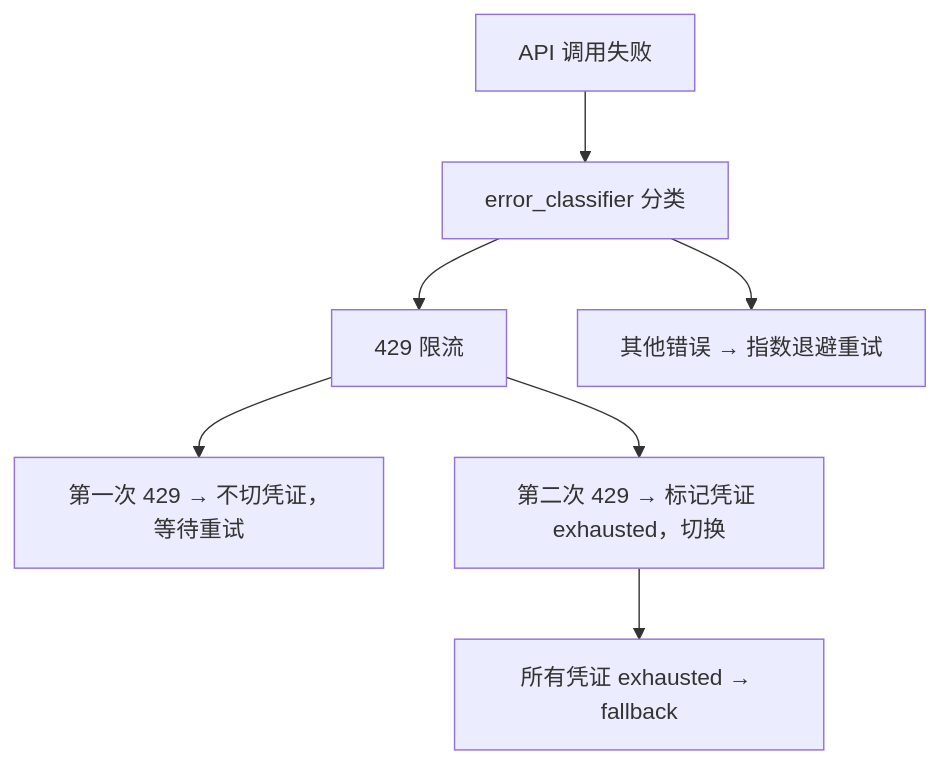
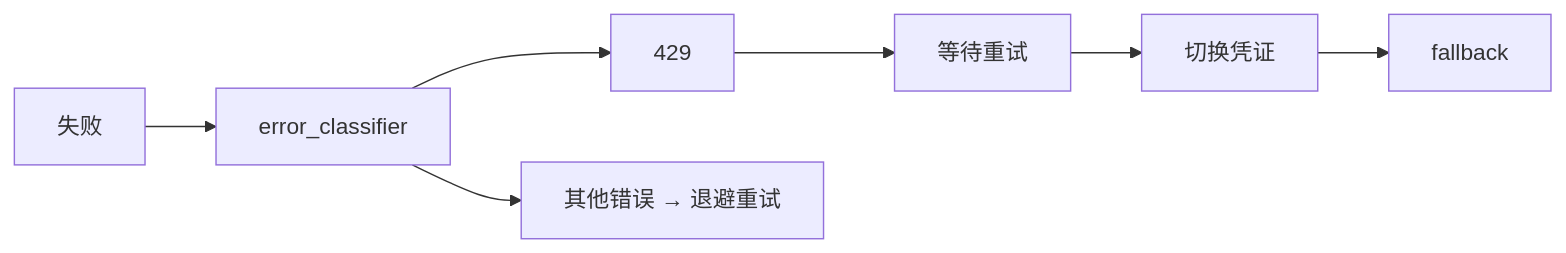
The sixth of 9 diagrams in docs/zh/02-Agent核心.md (fang-lin/hermes-agent-code-analysis), drawn with Mermaid before and after one commit. The commit also changed other lines of this file and 1 other file, not shown here.

First line of the commit message:
第 02 章：所有图表 layout 紧凑化——节点文字精简，细节留给正文

````diff
--- a/docs/zh/02-Agent核心.md
+++ b/docs/zh/02-Agent核心.md
@@ -301,17 +279,6 @@
 ```mermaid
-flowchart TD
-    API["API 调用失败"]
-    CLS["error_classifier 分类"]
-    R429["429 限流"]
-    FIRST["第一次 429 → 不切凭证，等待重试"]
-    SECOND["第二次 429 → 标记凭证 exhausted，切换"]
-    ALLX["所有凭证 exhausted → fallback"]
-    OTHER["其他错误 → 指数退避重试"]
-
-    API --> CLS
-    CLS --> R429
-    CLS --> OTHER
-    R429 --> FIRST
-    R429 --> SECOND
-    SECOND --> ALLX
+flowchart LR
+    API["失败"] --> CLS["error_classifier"]
+    CLS --> R429["429"] --> FIRST["等待重试"] --> SECOND["切换凭证"] --> ALLX["fallback"]
+    CLS --> OTHER["其他错误 → 退避重试"]
 ```
````
